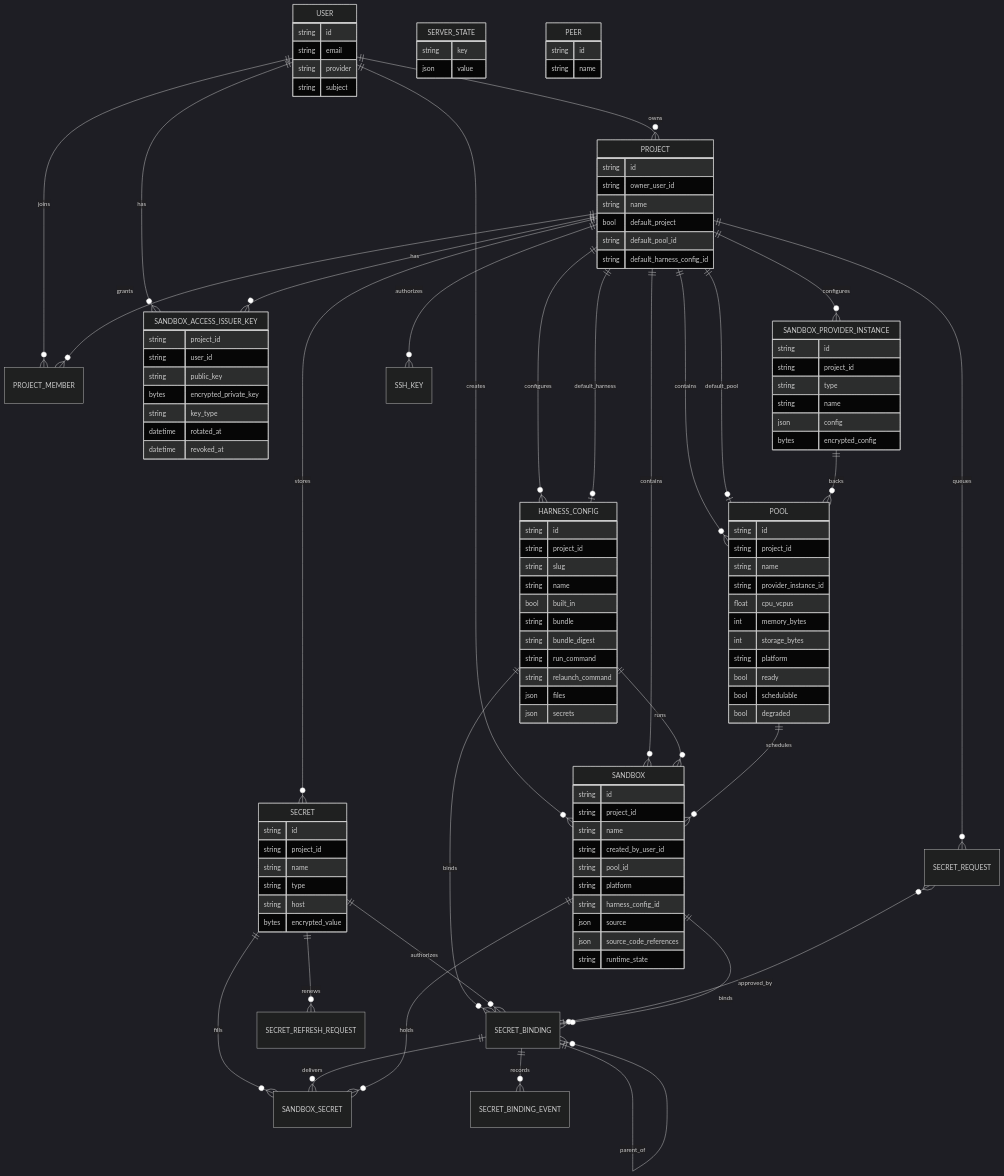
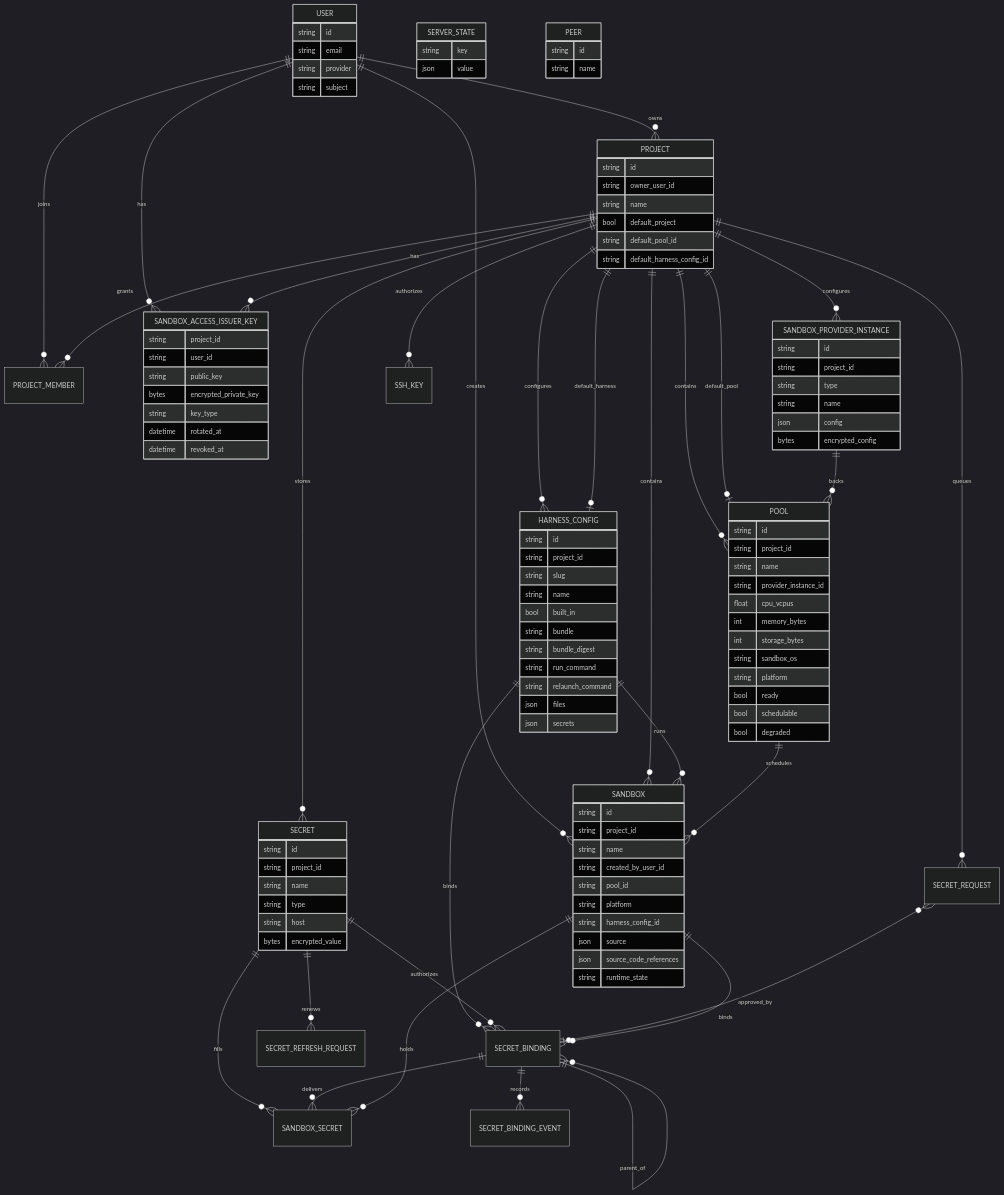
One commit to discobox-ai/discobox changed the diagram in server/internal/model/DESIGN.md. Above: the diagram before and after it, drawn with Mermaid (dark theme). The commit also changed other lines of this file and 37 other files, not shown here.

```diff
--- a/server/internal/model/DESIGN.md
+++ b/server/internal/model/DESIGN.md
@@ -231,6 +231,7 @@
         float cpu_vcpus
         int memory_bytes
         int storage_bytes
+        string sandbox_os
         string platform
         bool ready
         bool schedulable
```
